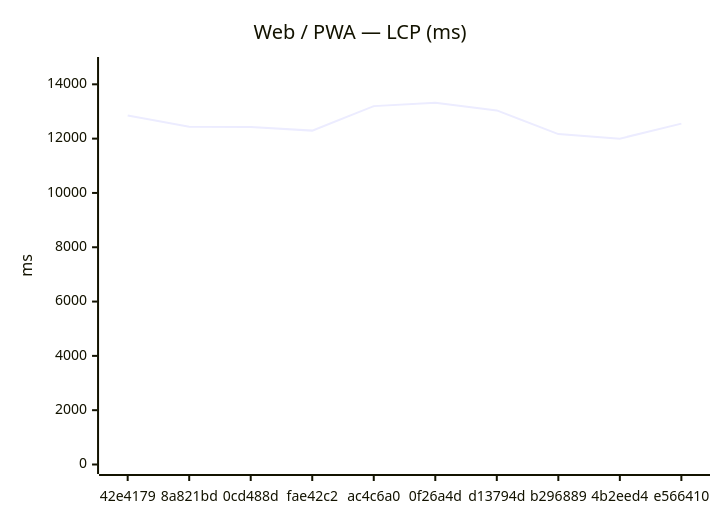
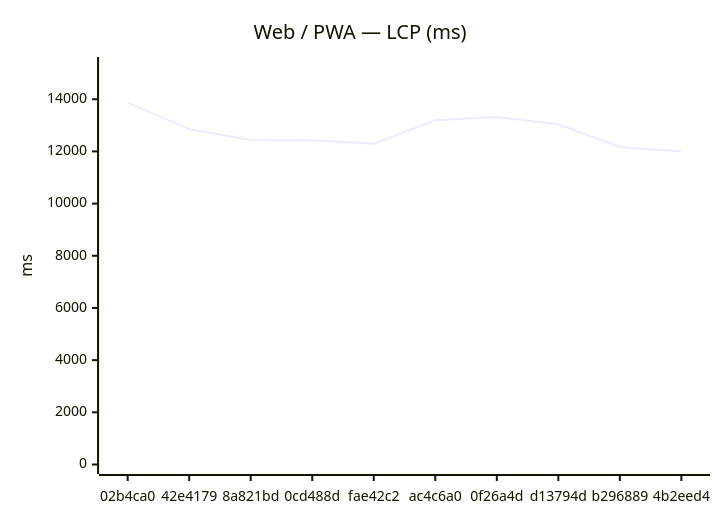
One commit to Metaheurist/Rianell changed the first of 18 diagrams in benchmarks/compare.md. Above: the diagram before and after it, drawn with Mermaid. The commit also changed other lines of this file and 11 other files, not shown here.

````diff
--- a/benchmarks/compare.md
+++ b/benchmarks/compare.md
@@ -24,7 +24,7 @@
 ```mermaid
 xychart-beta
     title "Web / PWA — LCP (ms)"
-    x-axis ["42e4179", "8a821bd", "0cd488d", "fae42c2", "ac4c6a0", "0f26a4d", "d13794d", "b296889", "4b2eed4", "e566410"]
-    y-axis "ms" 0 --> 14656
-    line [12854, 12437, 12430, 12295, 13197, 13323, 13038, 12168, 11999, 12553]
+    x-axis ["02b4ca0", "42e4179", "8a821bd", "0cd488d", "fae42c2", "ac4c6a0", "0f26a4d", "d13794d", "b296889", "4b2eed4"]
+    y-axis "ms" 0 --> 15255
+    line [13868, 12854, 12437, 12430, 12295, 13197, 13323, 13038, 12168, 11999]
 ```
````
